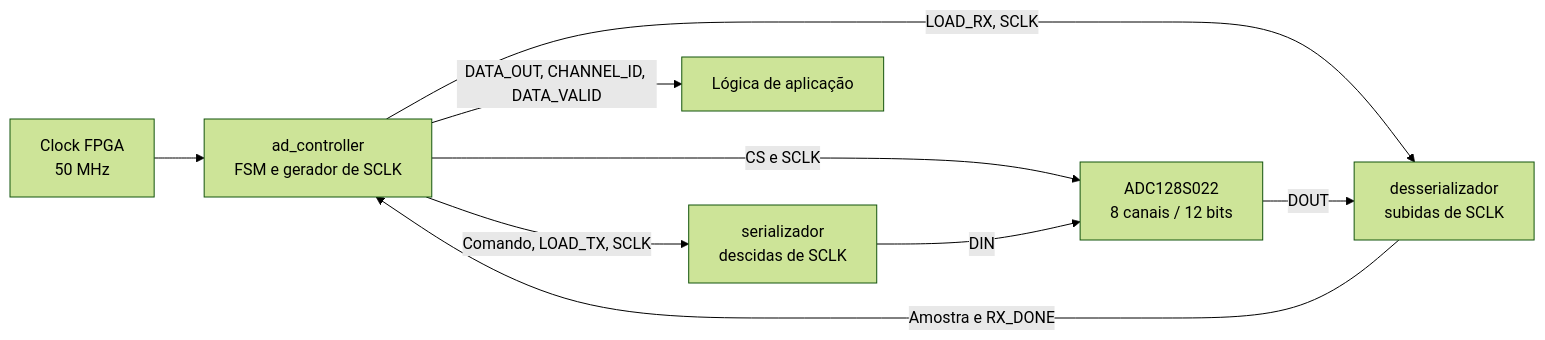
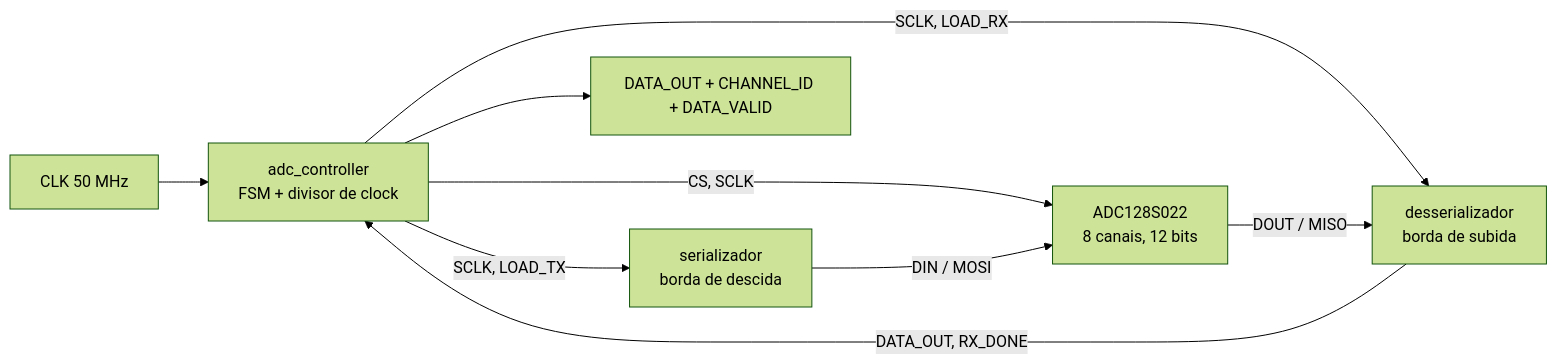
Before and after one commit to Jonatas-Medeiros-Goncalves/SPI_Controller_to_ADC_12bits: the diagram in README.md, drawn with Mermaid (forest theme). The commit also changed other lines of this file and 1 other file, not shown here.

````diff
--- a/README.md
+++ b/README.md
@@ -9,11 +9,11 @@
 ```mermaid
 flowchart LR
-    CLK["Clock FPGA<br/>50 MHz"] --> CTRL["ad_controller<br/>FSM e gerador de SCLK"]
-    CTRL -->|"Comando, LOAD_TX, SCLK"| TX["serializador<br/>descidas de SCLK"]
-    CTRL -->|"LOAD_RX, SCLK"| RX["desserializador<br/>subidas de SCLK"]
-    CTRL -->|"CS e SCLK"| ADC["ADC128S022<br/>8 canais / 12 bits"]
-    TX -->|"DIN"| ADC
-    ADC -->|"DOUT"| RX
-    RX -->|"Amostra e RX_DONE"| CTRL
-    CTRL -->|"DATA_OUT, CHANNEL_ID, DATA_VALID"| USER["Lógica de aplicação"]
+    CLK["CLK 50 MHz"] --> CTRL["adc_controller<br/>FSM + divisor de clock"]
+    CTRL -->|"SCLK, LOAD_TX"| TX["serializador<br/>borda de descida"]
+    CTRL -->|"SCLK, LOAD_RX"| RX["desserializador<br/>borda de subida"]
+    CTRL -->|"CS, SCLK"| ADC["ADC128S022<br/>8 canais, 12 bits"]
+    TX -->|"DIN / MOSI"| ADC
+    ADC -->|"DOUT / MISO"| RX
+    RX -->|"DATA_OUT, RX_DONE"| CTRL
+    CTRL --> OUT["DATA_OUT + CHANNEL_ID + DATA_VALID"]
 ```
````
